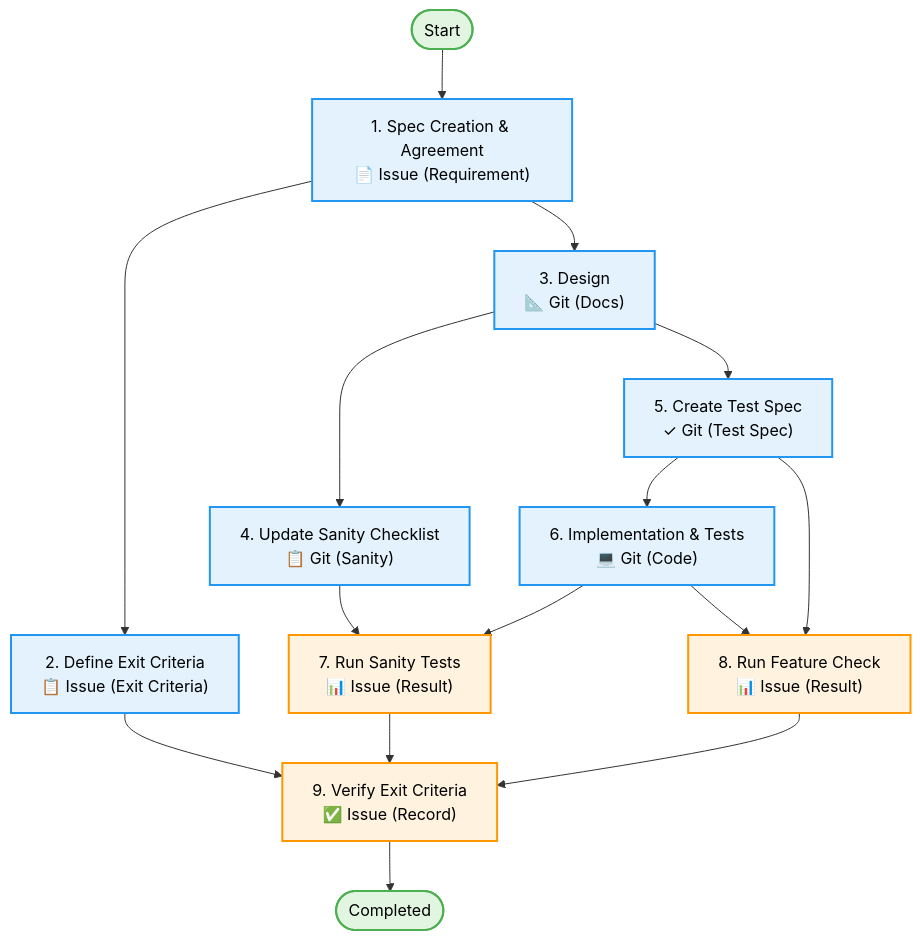
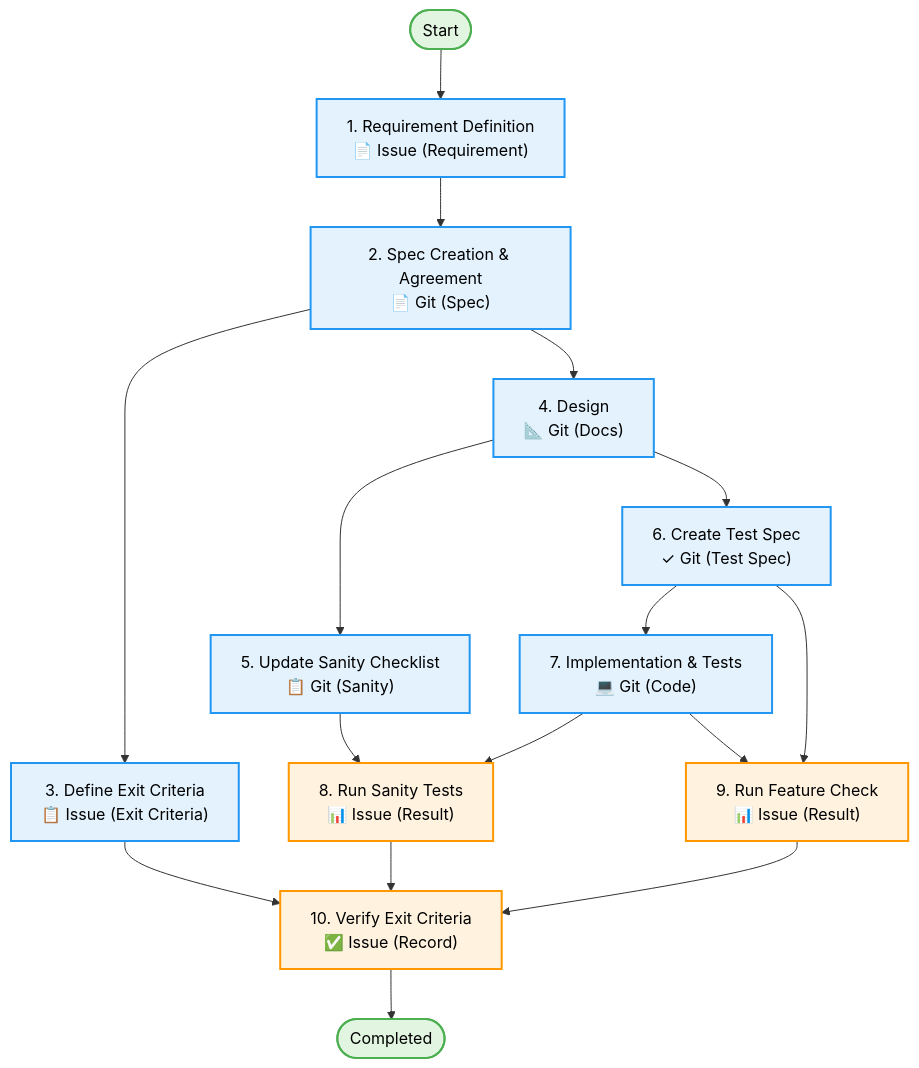
Before and after one commit to LongbowXXX/terraformer: the second of 4 diagrams in knowledge/workflows/workflow.md, drawn with Mermaid. The commit also changed 1 other file, not shown here.

Commit message:
feat: Document new AI collaborative workflow and its detailed feature tasks.

````diff
--- a/knowledge/workflows/workflow.md
+++ b/knowledge/workflows/workflow.md
@@ -107,26 +107,27 @@
 ```mermaid
 graph TD
-    Start([Start]) --> T1
-    T1["1. Spec Creation & Agreement<br/>📄 Issue (Requirement)"] --> T2
+    Start([Start]) --> T0
+    T0["1. Requirement Definition<br/>📄 Issue (Requirement)"] --> T1
+    T1["2. Spec Creation & Agreement<br/>📄 Git (Spec)"] --> T2
     T1 --> T3
-    T2["2. Define Exit Criteria<br/>📋 Issue (Exit Criteria)"] --> T9
-    T3["3. Design<br/>📐 Git (Docs)"] --> T4
+    T2["3. Define Exit Criteria<br/>📋 Issue (Exit Criteria)"] --> T10
+    T3["4. Design<br/>📐 Git (Docs)"] --> T4
     T3 --> T5
     T5 --> T6
-    T4["4. Update Sanity Checklist<br/>📋 Git (Sanity)"] --> T7
-    T5["5. Create Test Spec<br/>✓ Git (Test Spec)"] --> T8
-    T6["6. Implementation & Tests<br/>💻 Git (Code)"] --> T7
+    T4["5. Update Sanity Checklist<br/>📋 Git (Sanity)"] --> T7
+    T5["6. Create Test Spec<br/>✓ Git (Test Spec)"] --> T8
+    T6["7. Implementation & Tests<br/>💻 Git (Code)"] --> T7
     T6 --> T8
-    T7["7. Run Sanity Tests<br/>📊 Issue (Result)"] --> T9
-    T8["8. Run Feature Check<br/>📊 Issue (Result)"] --> T9
-    T9["9. Verify Exit Criteria<br/>✅ Issue (Record)"] --> End
+    T7["8. Run Sanity Tests<br/>📊 Issue (Result)"] --> T10
+    T8["9. Run Feature Check<br/>📊 Issue (Result)"] --> T10
+    T10["10. Verify Exit Criteria<br/>✅ Issue (Record)"] --> End
     End([Completed])
 
     classDef startEnd fill:#e1f5e1,stroke:#4caf50,stroke-width:2px,color:#000
     classDef task fill:#e3f2fd,stroke:#2196f3,stroke-width:2px,color:#000
     classDef check fill:#fff3e0,stroke:#ff9800,stroke-width:2px,color:#000
 
     class Start,End startEnd
-    class T1,T2,T3,T4,T5,T6 task
-    class T7,T8,T9 check
+    class T0,T1,T2,T3,T4,T5,T6 task
+    class T7,T8,T10 check
 ```
````
